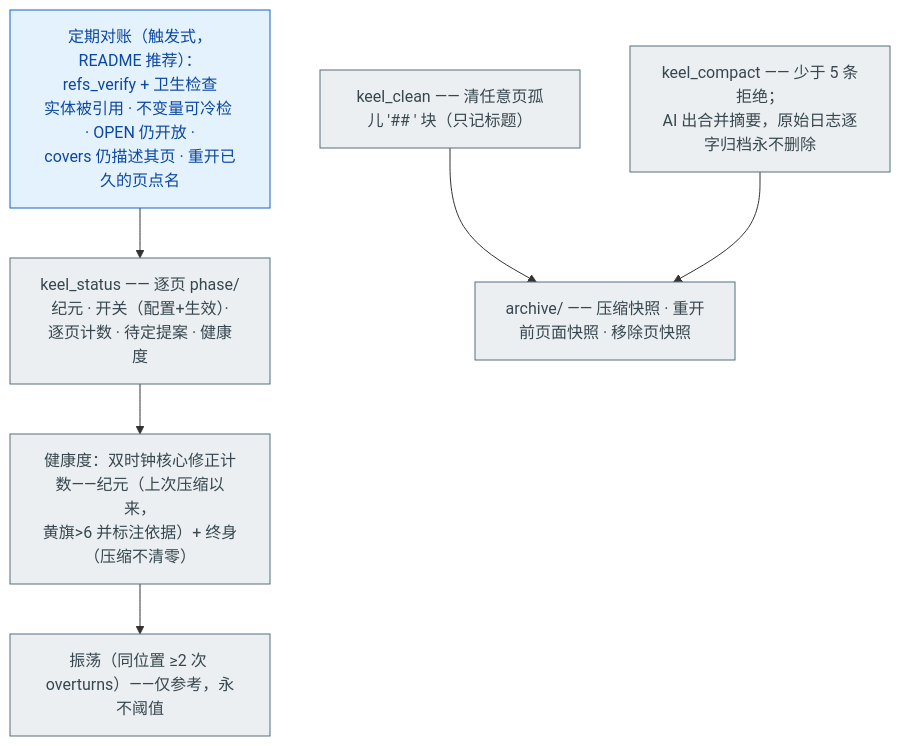
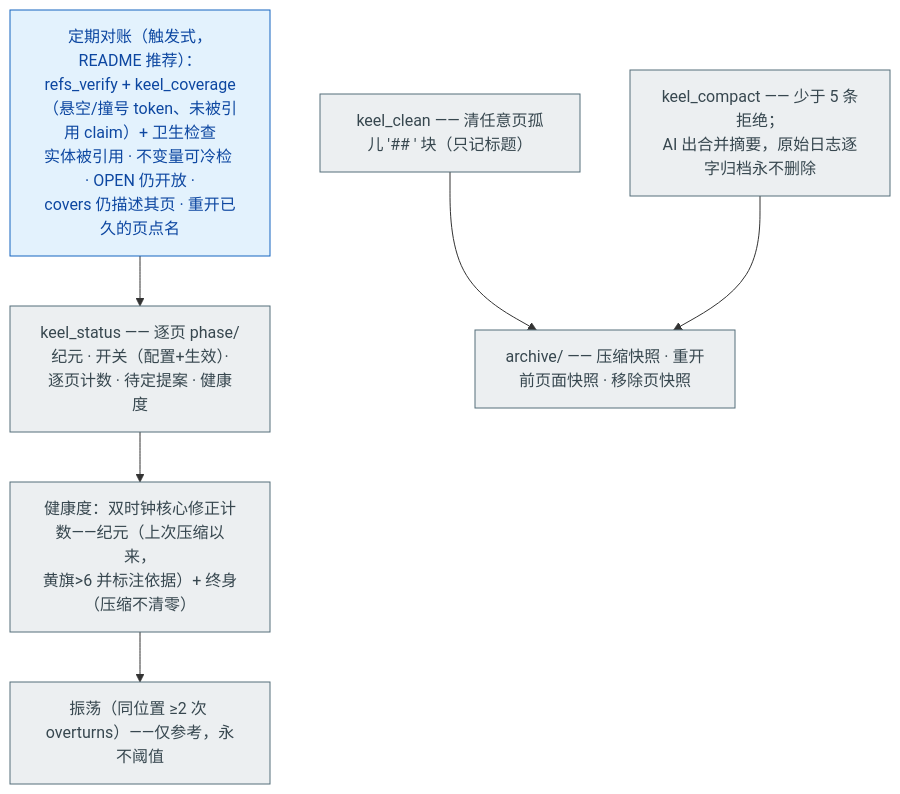
The seventh of 13 diagrams in docs/MENTAL-MODEL.md (maxi3777/Keel), drawn with Mermaid before and after one commit. The commit also changed other lines of this file and 9 other files, not shown here.

````diff
--- a/docs/MENTAL-MODEL.md
+++ b/docs/MENTAL-MODEL.md
@@ -211,17 +211,17 @@
 ```mermaid
 flowchart TD
     STATUS["keel_status —— 逐页 phase/纪元 · 开关（配置+生效）·<br/>逐页计数 · 待定提案 · 健康度"]:::mech
     HEALTH["健康度：双时钟核心修正计数——纪元（上次压缩以来，<br/>黄旗>6 并标注依据）+ 终身（压缩不清零）"]:::mech
     OSC["振荡（同位置 ≥2 次 overturns）——仅参考，永不阈值"]:::mech
-    AUDIT["定期对账（触发式，README 推荐）：refs_verify + 卫生检查<br/>实体被引用 · 不变量可冷检 · OPEN 仍开放 ·<br/>covers 仍描述其页 · 重开已久的页点名"]:::ai
+    AUDIT["定期对账（触发式，README 推荐）：refs_verify + keel_coverage<br/>（悬空/撞号 token、未被引用 claim）+ 卫生检查<br/>实体被引用 · 不变量可冷检 · OPEN 仍开放 ·<br/>covers 仍描述其页 · 重开已久的页点名"]:::ai
     CLEAN["keel_clean —— 清任意页孤儿 '## ' 块（只记标题）"]:::mech
     COMPACT["keel_compact —— 少于 5 条拒绝；<br/>AI 出合并摘要，原始日志逐字归档永不删除"]:::mech
     ARCH["archive/ —— 压缩快照 · 重开前页面快照 · 移除页快照"]:::mech
 
     STATUS --> HEALTH --> OSC
     AUDIT --> STATUS
     CLEAN --> ARCH
     COMPACT --> ARCH
     classDef mech fill:#eceff1,stroke:#546e7a,color:#37474f
     classDef ai fill:#e3f2fd,stroke:#1565c0,color:#0d47a1
 ```
````
